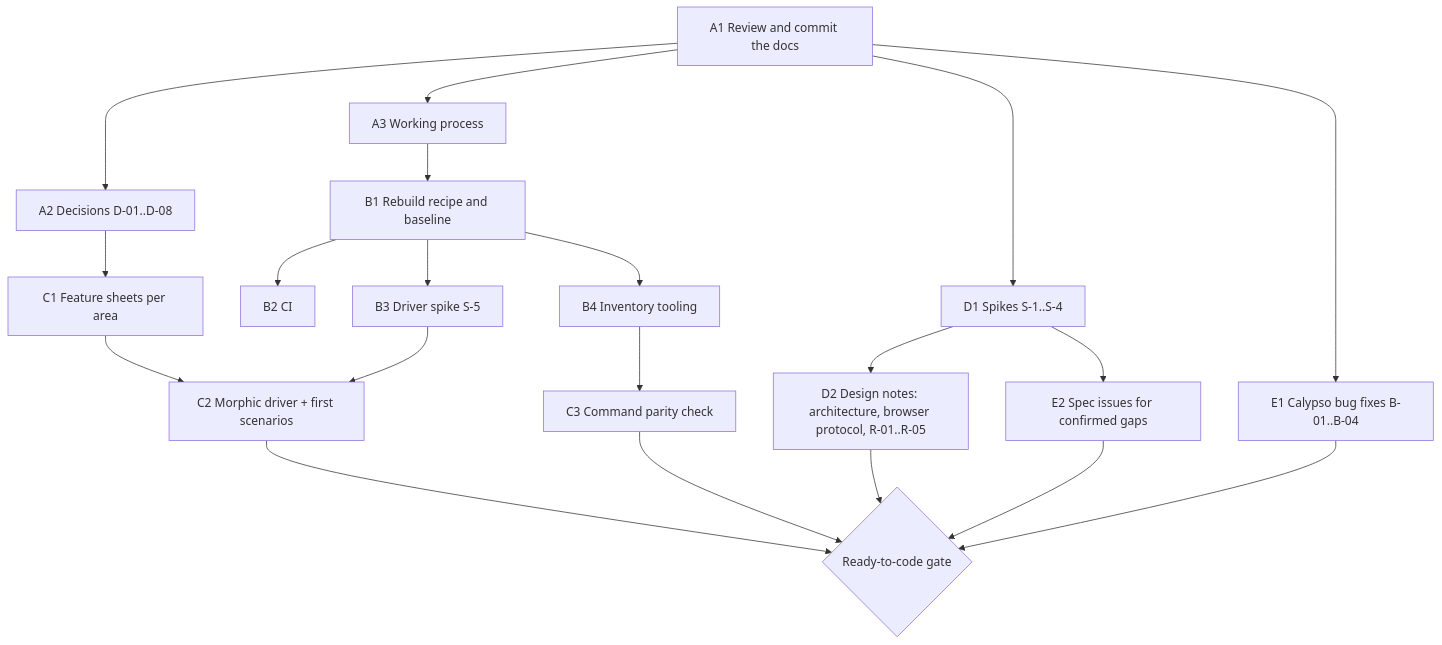
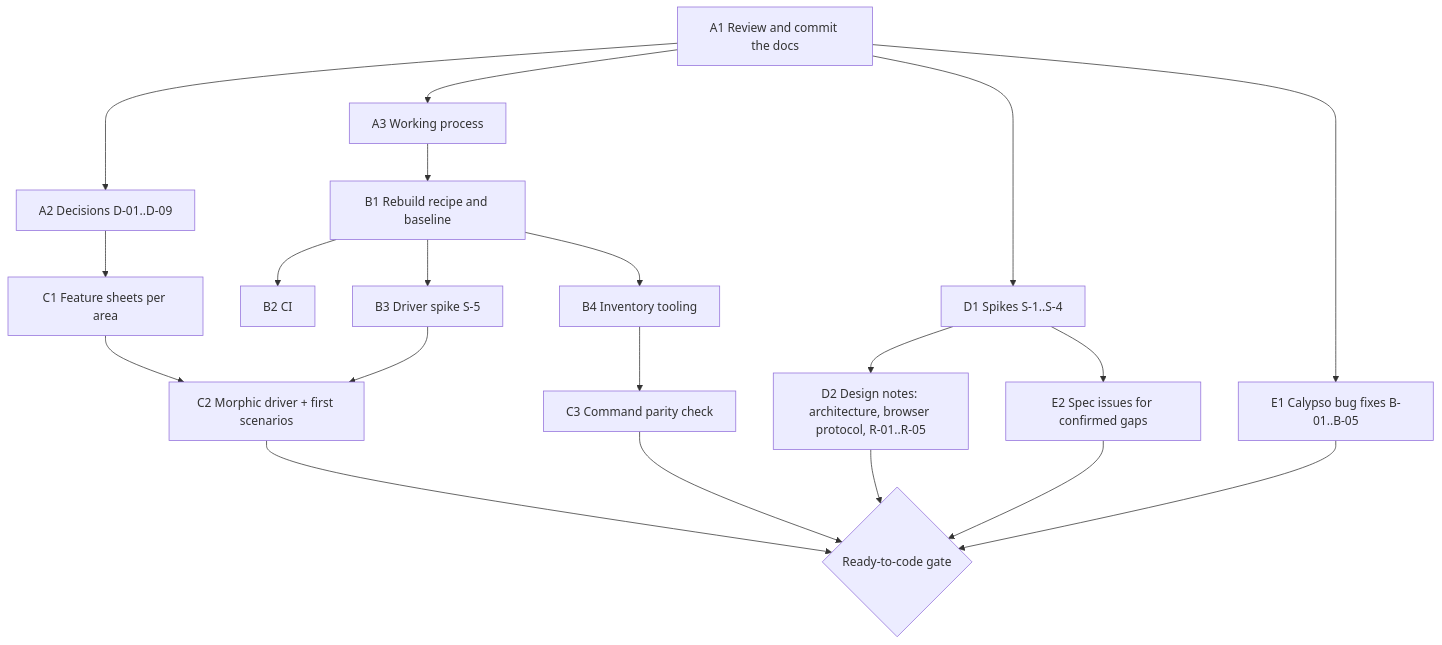
The diagram in docs/before-coding.md (jordanmontt/calypso-on-steroids), drawn with Mermaid before and after one commit. The commit also changed other lines of this file and 8 other files, not shown here.

````diff
--- a/docs/before-coding.md
+++ b/docs/before-coding.md
@@ -9,22 +9,22 @@
 ```mermaid
 flowchart TD
-  A1[A1 Review and commit the docs] --> A2[A2 Decisions D-01..D-08]
+  A1[A1 Review and commit the docs] --> A2[A2 Decisions D-01..D-09]
   A1 --> A3[A3 Working process]
   A3 --> B1[B1 Rebuild recipe and baseline]
   B1 --> B2[B2 CI]
   B1 --> B3[B3 Driver spike S-5]
   B1 --> B4[B4 Inventory tooling]
   A2 --> C1[C1 Feature sheets per area]
   B3 --> C2[C2 Morphic driver + first scenarios]
   C1 --> C2
   B4 --> C3[C3 Command parity check]
   A1 --> D1[D1 Spikes S-1..S-4]
   D1 --> D2[D2 Design notes: architecture, browser protocol, R-01..R-05]
   D1 --> E2[E2 Spec issues for confirmed gaps]
-  A1 --> E1[E1 Calypso bug fixes B-01..B-04]
+  A1 --> E1[E1 Calypso bug fixes B-01..B-05]
   C2 --> G{Ready-to-code gate}
   C3 --> G
   D2 --> G
   E2 --> G
   E1 --> G
 ```
````
